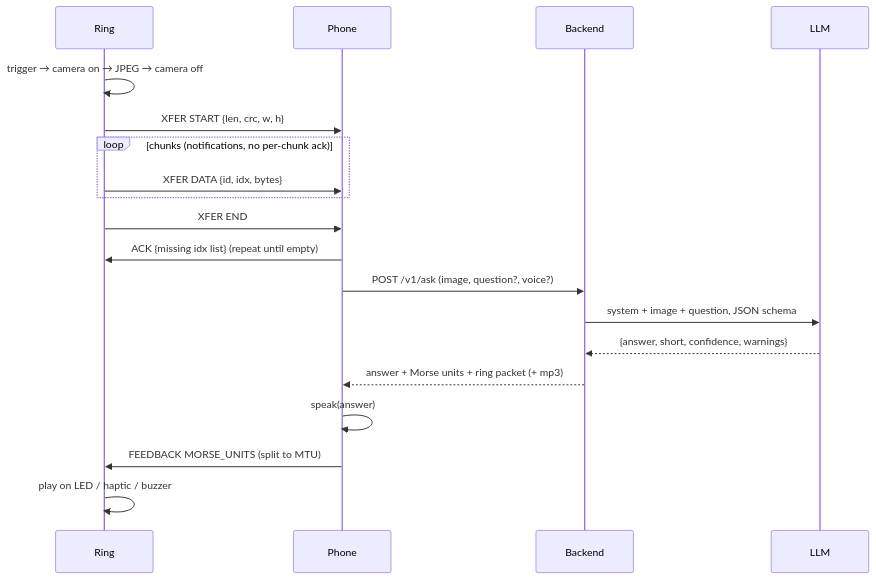
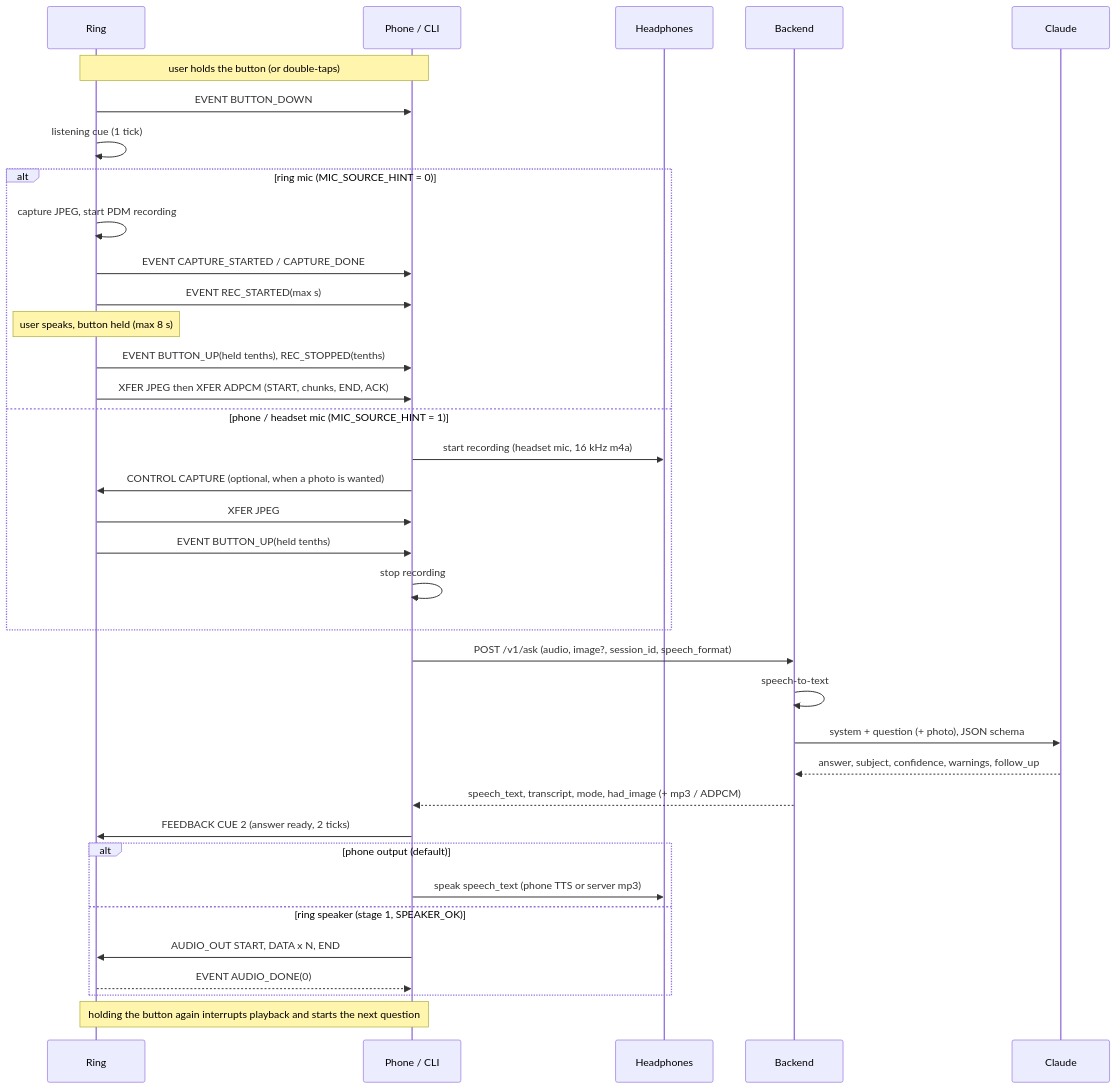
One commit to calebynhan/mcring changed the second of 4 diagrams in hardware/block-diagram.md. Above: the diagram before and after it, drawn with Mermaid. The commit also changed other lines of this file and 136 other files, not shown here.

````diff
--- a/hardware/block-diagram.md
+++ b/hardware/block-diagram.md
@@ -26,21 +32,38 @@
 ```mermaid
 sequenceDiagram
   participant R as Ring
-  participant P as Phone
+  participant P as Phone / CLI
+  participant H as Headphones
   participant B as Backend
-  participant L as LLM
-  R->>R: trigger → camera on → JPEG → camera off
-  R->>P: XFER START {len, crc, w, h}
-  loop chunks (notifications, no per-chunk ack)
-    R->>P: XFER DATA {id, idx, bytes}
+  participant L as Claude
+  Note over R,P: user holds the button (or double-taps)
+  R->>P: EVENT BUTTON_DOWN
+  R->>R: listening cue (1 tick)
+  alt ring mic (MIC_SOURCE_HINT = 0)
+    R->>R: capture JPEG, start PDM recording
+    R->>P: EVENT CAPTURE_STARTED / CAPTURE_DONE
+    R->>P: EVENT REC_STARTED(max s)
+    Note over R: user speaks, button held (max 8 s)
+    R->>P: EVENT BUTTON_UP(held tenths), REC_STOPPED(tenths)
+    R->>P: XFER JPEG then XFER ADPCM (START, chunks, END, ACK)
+  else phone / headset mic (MIC_SOURCE_HINT = 1)
+    P->>H: start recording (headset mic, 16 kHz m4a)
+    P->>R: CONTROL CAPTURE (optional, when a photo is wanted)
+    R->>P: XFER JPEG
+    R->>P: EVENT BUTTON_UP(held tenths)
+    P->>P: stop recording
   end
-  R->>P: XFER END
-  P->>R: ACK {missing idx list}  (repeat until empty)
-  P->>B: POST /v1/ask (image, question?, voice?)
-  B->>L: system + image + question, JSON schema
-  L-->>B: {answer, short, confidence, warnings}
-  B-->>P: answer + Morse units + ring packet (+ mp3)
-  P->>P: speak(answer)
-  P->>R: FEEDBACK MORSE_UNITS (split to MTU)
-  R->>R: play on LED / haptic / buzzer
+  P->>B: POST /v1/ask (audio, image?, session_id, speech_format)
+  B->>B: speech-to-text
+  B->>L: system + question (+ photo), JSON schema
+  L-->>B: answer, subject, confidence, warnings, follow_up
+  B-->>P: speech_text, transcript, mode, had_image (+ mp3 / ADPCM)
+  P->>R: FEEDBACK CUE 2 (answer ready, 2 ticks)
+  alt phone output (default)
+    P->>H: speak speech_text (phone TTS or server mp3)
+  else ring speaker (stage 1, SPEAKER_OK)
+    P->>R: AUDIO_OUT START, DATA x N, END
+    R-->>P: EVENT AUDIO_DONE(0)
+  end
+  Note over R,P: holding the button again interrupts playback and starts the next question
 ```
````
